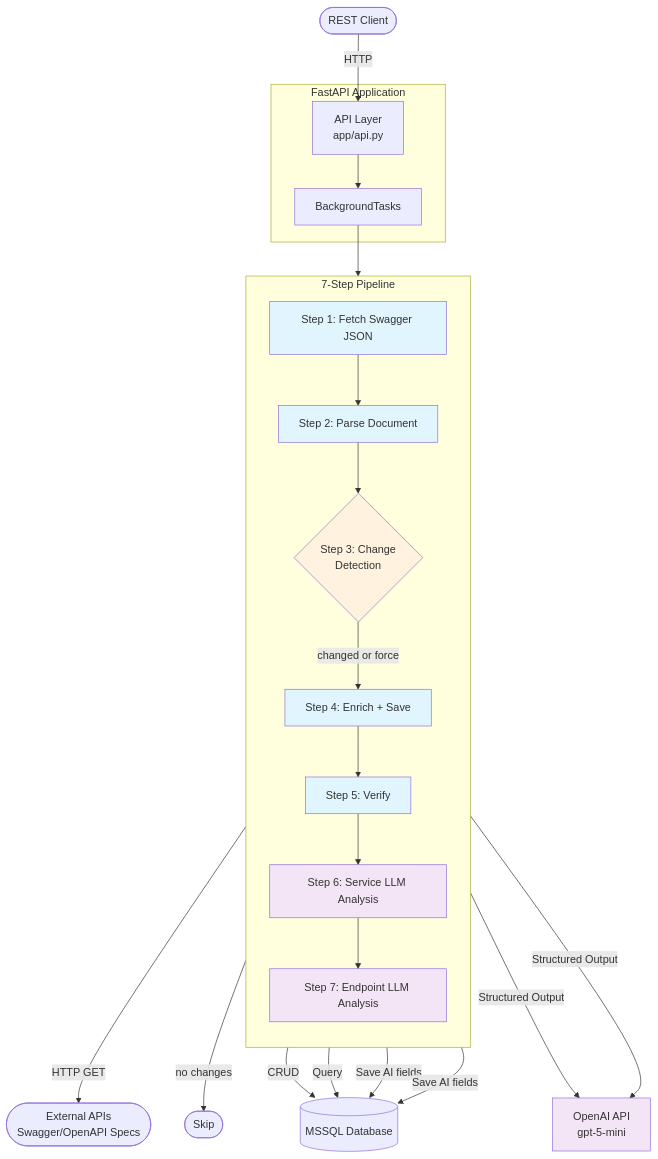
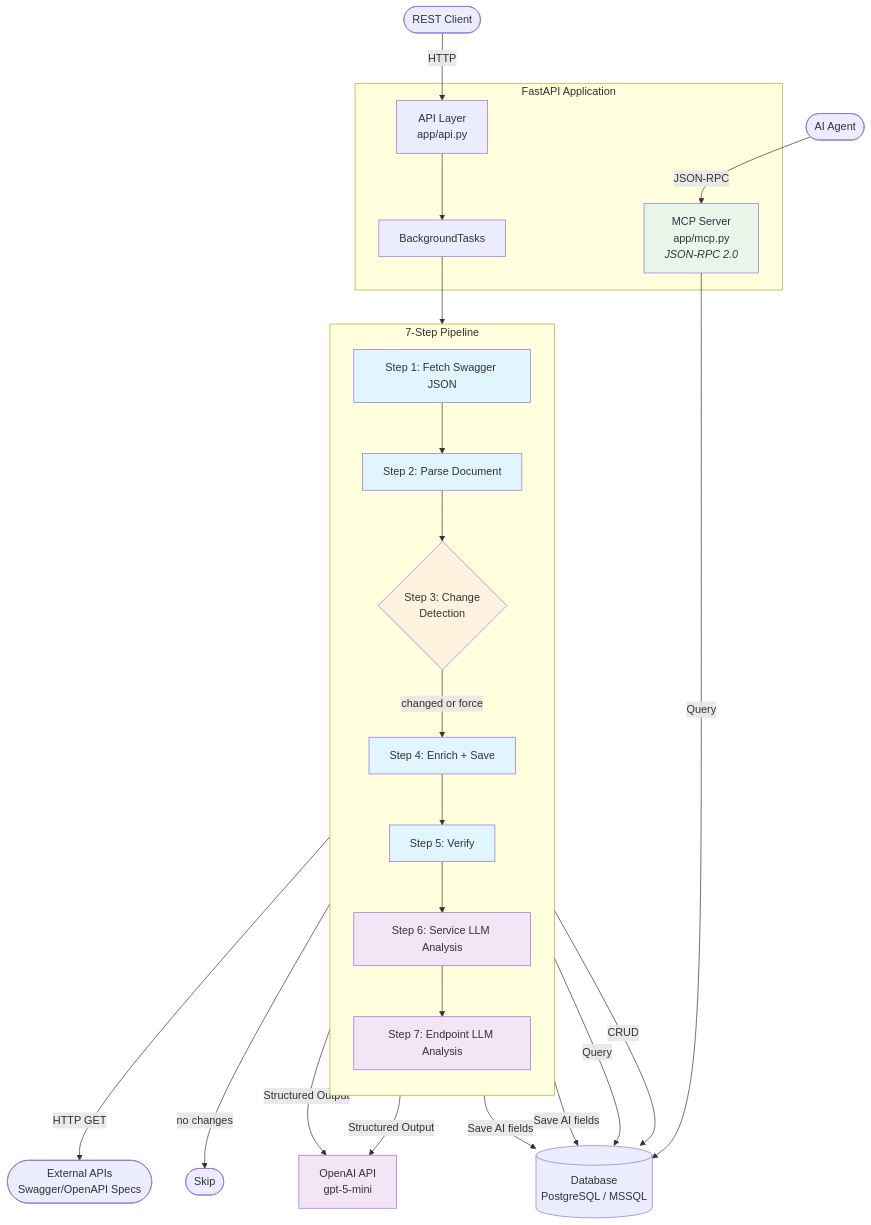
Before and after one commit to ltomcza/SwaggerAgent: the first of 3 diagrams in README.md, drawn with Mermaid. The commit also changed other lines of this file and 23 other files, not shown here.

````diff
--- a/README.md
+++ b/README.md
@@ -41,51 +42,56 @@
 ```mermaid
 graph TB
     Client([REST Client])
+    AIAgent([AI Agent])
 
     subgraph FastAPI["FastAPI Application"]
         API[API Layer<br/>app/api.py]
+        MCP[MCP Server<br/>app/mcp.py<br/><i>JSON-RPC 2.0</i>]
         BG[BackgroundTasks]
     end
 
     subgraph Pipeline["7-Step Pipeline"]
         direction TB
         S1[Step 1: Fetch Swagger JSON]
         S2[Step 2: Parse Document]
         S3{Step 3: Change<br/>Detection}
         S4[Step 4: Enrich + Save]
         S5[Step 5: Verify]
         S6[Step 6: Service LLM Analysis]
         S7[Step 7: Endpoint LLM Analysis]
     end
 
-    DB[(MSSQL Database)]
+    DB[(Database<br/>PostgreSQL / MSSQL)]
     LLM[OpenAI API<br/>gpt-5-mini]
     ExtAPI([External APIs<br/>Swagger/OpenAPI Specs])
 
     Client -->|HTTP| API
+    AIAgent -->|JSON-RPC| MCP
+    MCP -->|Query| DB
     API --> BG
     BG --> S1
     S1 -->|HTTP GET| ExtAPI
     S1 --> S2
     S2 --> S3
     S3 -->|no changes| Done([Skip])
     S3 -->|changed or force| S4
     S4 --> S5
     S5 --> S6
     S6 --> S7
     S4 -->|CRUD| DB
     S5 -->|Query| DB
     S6 -->|Structured Output| LLM
     S7 -->|Structured Output| LLM
     S6 -->|Save AI fields| DB
     S7 -->|Save AI fields| DB
 
     style S1 fill:#e1f5fe
     style S2 fill:#e1f5fe
     style S3 fill:#fff3e0
     style S4 fill:#e1f5fe
     style S5 fill:#e1f5fe
     style S6 fill:#f3e5f5
     style S7 fill:#f3e5f5
     style LLM fill:#f3e5f5
+    style MCP fill:#e8f5e9
 ```
````
